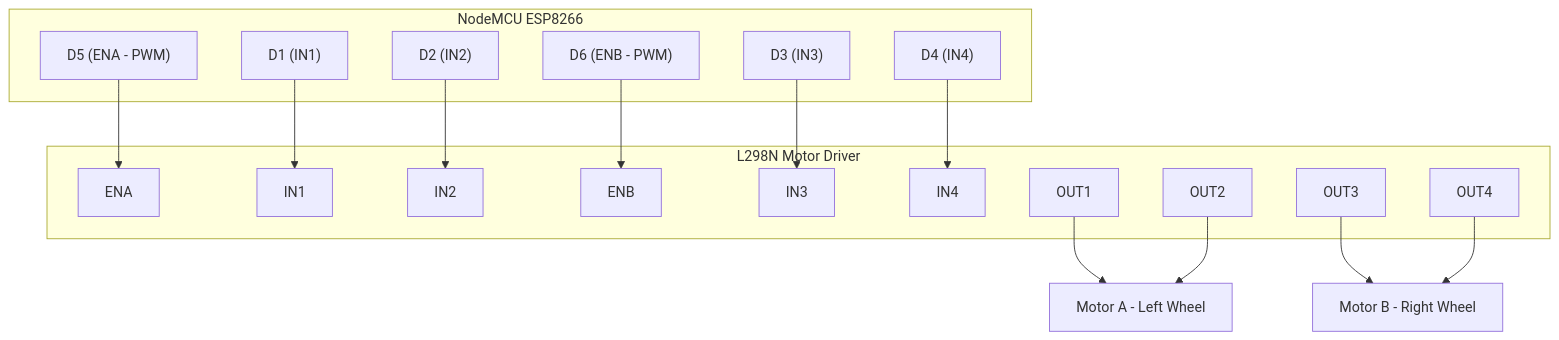
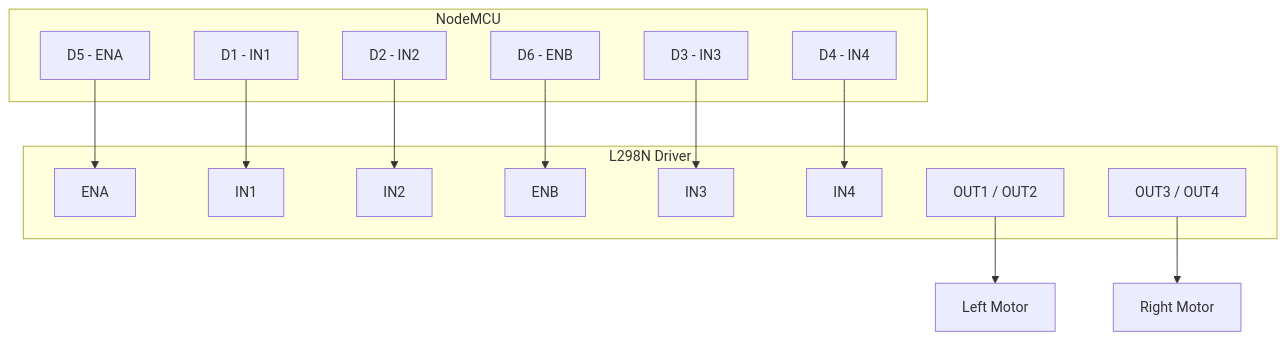
One commit to parthbapat007-Parth/ESP8266_Serial_Controlled_Robot_Car changed the second of 2 diagrams in README.md. Above: the diagram before and after it, drawn with Mermaid. The commit also changed other lines of this file, not shown here.

````diff
--- a/README.md
+++ b/README.md
@@ -57,36 +73,31 @@
 ```mermaid
 graph TD
-    subgraph NodeMCU ESP8266
-        ENA["D5 (ENA - PWM)"]
-        IN1["D1 (IN1)"]
-        IN2["D2 (IN2)"]
-        ENB["D6 (ENB - PWM)"]
-        IN3["D3 (IN3)"]
-        IN4["D4 (IN4)"]
+    subgraph NodeMCU
+        ENA[D5 - ENA]
+        IN1[D1 - IN1]
+        IN2[D2 - IN2]
+        ENB[D6 - ENB]
+        IN3[D3 - IN3]
+        IN4[D4 - IN4]
     end
 
-    subgraph L298N Motor Driver
+    subgraph L298N Driver
         L_ENA[ENA]
         L_IN1[IN1]
         L_IN2[IN2]
         L_ENB[ENB]
         L_IN3[IN3]
         L_IN4[IN4]
-        OUT1[OUT1]
-        OUT2[OUT2]
-        OUT3[OUT3]
-        OUT4[OUT4]
+        OUT1[OUT1 / OUT2]
+        OUT2[OUT3 / OUT4]
     end
 
     ENA --> L_ENA
     IN1 --> L_IN1
     IN2 --> L_IN2
     ENB --> L_ENB
     IN3 --> L_IN3
     IN4 --> L_IN4
-
-    OUT1 --> MotorA[Motor A - Left Wheel]
-    OUT2 --> MotorA
-    OUT3 --> MotorB[Motor B - Right Wheel]
-    OUT4 --> MotorB
+    OUT1 --> LeftMotor[Left Motor]
+    OUT2 --> RightMotor[Right Motor]
 ```
````
